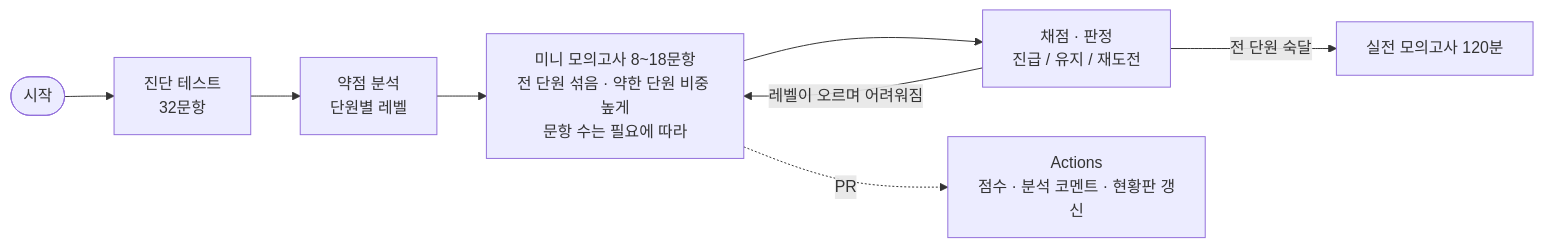
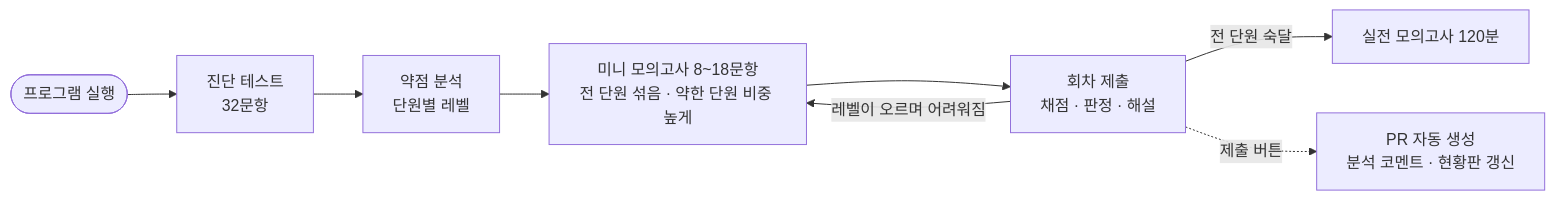
Before and after one commit to WaterMinCho/rokey-python-study: the diagram in README.md, drawn with Mermaid. The commit also changed other lines of this file and 13 other files, not shown here.

````diff
--- a/README.md
+++ b/README.md
@@ -69,10 +71,10 @@
 ```mermaid
 flowchart LR
-    S([시작]) --> D[진단 테스트<br/>32문항]
+    S([프로그램 실행]) --> D[진단 테스트<br/>32문항]
     D --> A[약점 분석<br/>단원별 레벨]
-    A --> R[미니 모의고사 8~18문항<br/>전 단원 섞음 · 약한 단원 비중 높게<br/>문항 수는 필요에 따라]
-    R --> G[채점 · 판정<br/>진급 / 유지 / 재도전]
+    A --> R[미니 모의고사 8~18문항<br/>전 단원 섞음 · 약한 단원 비중 높게]
+    R --> G[회차 제출<br/>채점 · 판정 · 해설]
     G -->|레벨이 오르며 어려워짐| R
     G -->|전 단원 숙달| M[실전 모의고사 120분]
-    R -.->|PR| C[Actions<br/>점수 · 분석 코멘트 · 현황판 갱신]
+    G -.->|제출 버튼| C[PR 자동 생성<br/>분석 코멘트 · 현황판 갱신]
 ```
````
